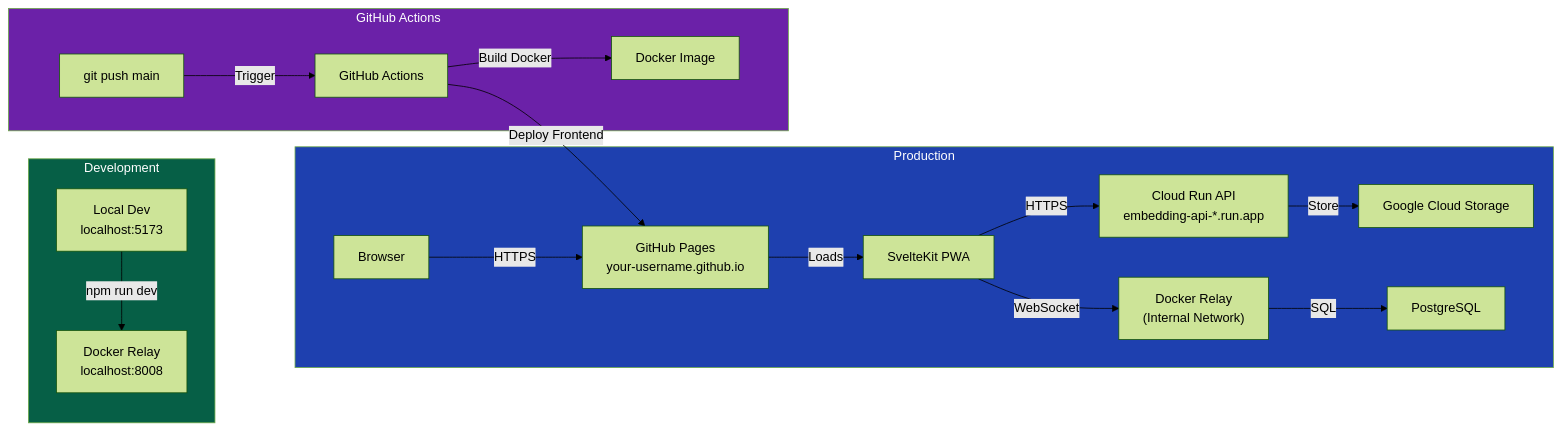
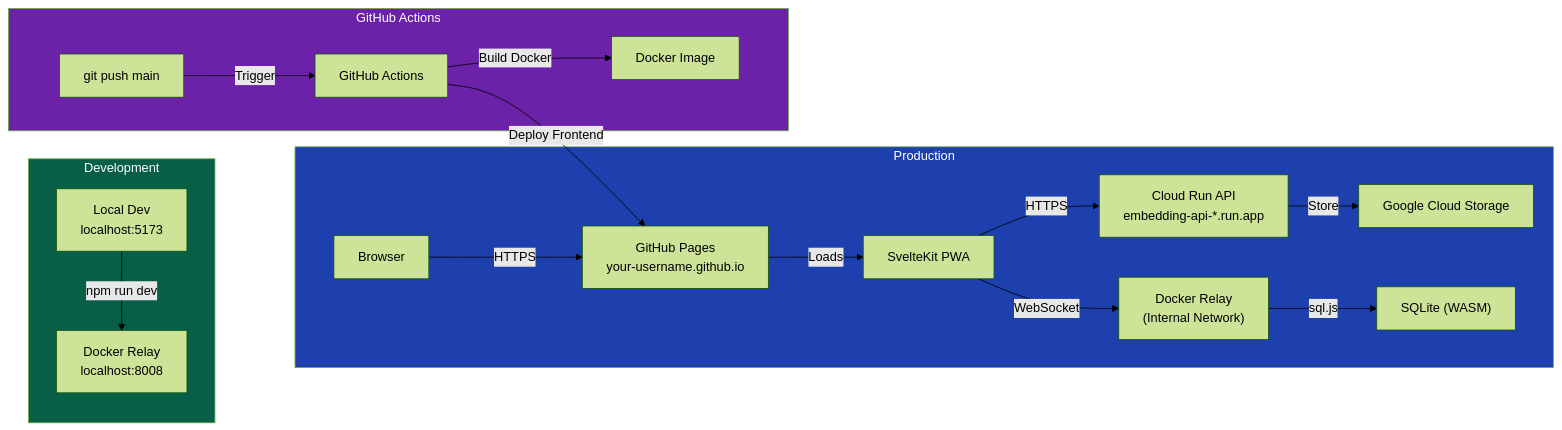
One commit to jjohare/fairfield-nostr changed the second of 14 diagrams in README.md. Above: the diagram before and after it, drawn with Mermaid (forest theme). The commit also changed other lines of this file and 80 other files, not shown here.

First line of the commit message:
docs: reorganize documentation + fix mermaid diagrams

````diff
--- a/README.md
+++ b/README.md
@@ -113,25 +113,25 @@
 ```mermaid
 graph LR
     subgraph Development["Development"]
         Dev["Local Dev<br/>localhost:5173"] -->|npm run dev| Docker["Docker Relay<br/>localhost:8008"]
     end
 
     subgraph Production["Production"]
         Browser["Browser"] -->|HTTPS| GHP["GitHub Pages<br/>your-username.github.io"]
         GHP -->|Loads| PWA["SvelteKit PWA"]
         PWA -->|WebSocket| Relay["Docker Relay<br/>(Internal Network)"]
         PWA -->|HTTPS| CloudRun["Cloud Run API<br/>embedding-api-*.run.app"]
         CloudRun -->|Store| GCS["Google Cloud Storage"]
-        Relay -->|SQL| PG["PostgreSQL"]
+        Relay -->|sql.js| SQLite["SQLite (WASM)"]
     end
 
     subgraph CI/CD["GitHub Actions"]
         Push["git push main"] -->|Trigger| GHWorkflow["GitHub Actions"]
         GHWorkflow -->|Deploy Frontend| GHP
         GHWorkflow -->|Build Docker| DockerHub["Docker Image"]
     end
 
     style Development fill:#065f46,color:#fff
     style Production fill:#1e40af,color:#fff
     style CI/CD fill:#6b21a8,color:#fff
 ```
````
